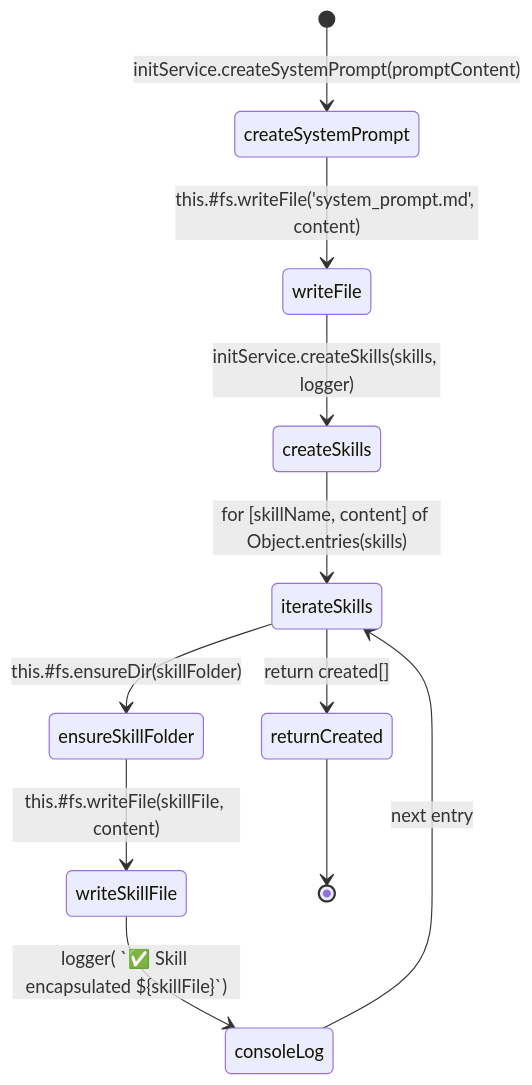
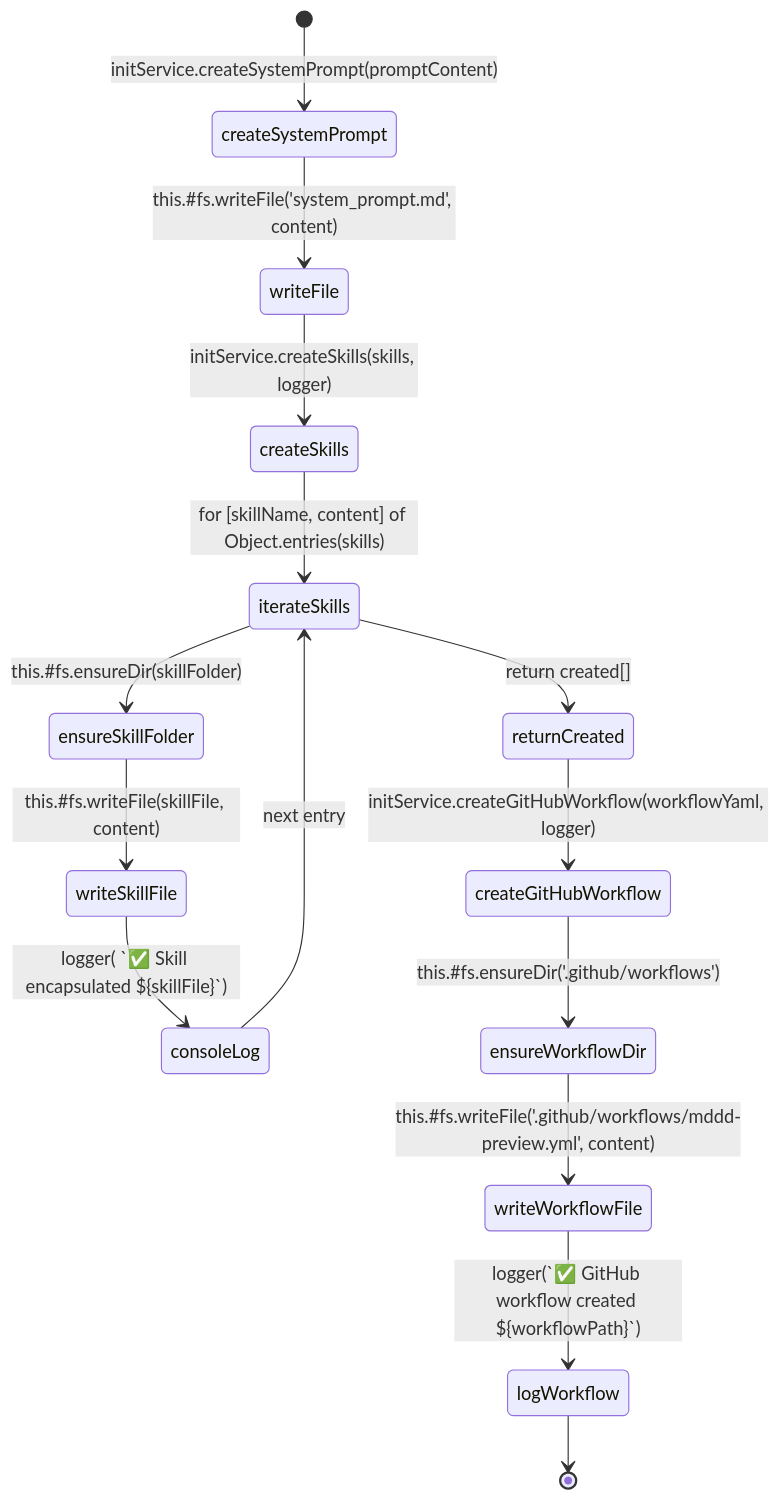
Before and after one commit to JulioCRFilho/mermaid-diagram-driven-development: the diagram in src/services/InitService.spec.md, drawn with Mermaid. The commit also changed other lines of this file and 6 other files, not shown here.

First line of the commit message:
feat(init): add GitHub Actions workflow for automated Mermaid diagram preview on PRs

````diff
--- a/src/services/InitService.spec.md
+++ b/src/services/InitService.spec.md
@@ -15,15 +15,20 @@
 ```mermaid
-%% @spec-version v1.0.0
+%% @spec-version v1.1.0
 stateDiagram-v2
     [*] --> createSystemPrompt: initService.createSystemPrompt(promptContent)
     createSystemPrompt --> writeFile: this.#fs.writeFile('system_prompt.md', content)
     writeFile --> createSkills: initService.createSkills(skills, logger)
 
     createSkills --> iterateSkills: for [skillName, content] of Object.entries(skills)
     iterateSkills --> ensureSkillFolder: this.#fs.ensureDir(skillFolder)
     ensureSkillFolder --> writeSkillFile: this.#fs.writeFile(skillFile, content)
     writeSkillFile --> consoleLog: logger( `✅ Skill encapsulated ${skillFile}`)
     consoleLog --> iterateSkills: next entry
     iterateSkills --> returnCreated: return created[]
-    returnCreated --> [*]
+    returnCreated --> createGitHubWorkflow: initService.createGitHubWorkflow(workflowYaml, logger)
+
+    createGitHubWorkflow --> ensureWorkflowDir: this.#fs.ensureDir('.github/workflows')
+    ensureWorkflowDir --> writeWorkflowFile: this.#fs.writeFile('.github/workflows/mddd-preview.yml', content)
+    writeWorkflowFile --> logWorkflow: logger(`✅ GitHub workflow created ${workflowPath}`)
+    logWorkflow --> [*]
 ```
````
